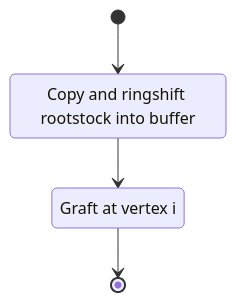
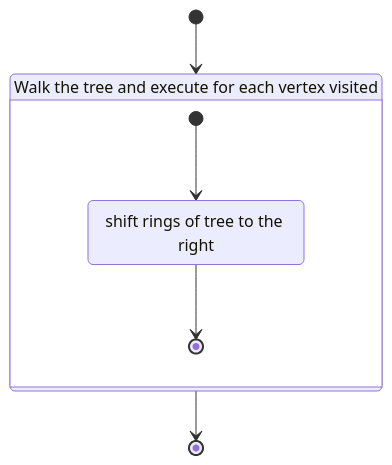
Before and after one commit to Uiowa-Applied-Topology/tanglenomicon_core_libraries: the third of 3 diagrams in source/mut-rlitt_ringshift/unit-description.md, drawn with Mermaid. The commit also changed other lines of this file and 21 other files, not shown here.

````diff
--- a/source/mut-rlitt_ringshift/unit-description.md
+++ b/source/mut-rlitt_ringshift/unit-description.md
@@ -98,9 +98,12 @@
 ```mermaid
 stateDiagram-v2
-    copy_ringshift_tree: Copy and ringshift rootstock into buffer
-    graft: Graft at vertex i
+    walk: Walk the tree and execute for each vertex visited
 
-    [*] --> copy_ringshift_tree
-    copy_ringshift_tree --> graft
-    graft --> [*]
+    state walk{
+        state "shift rings of tree to the right" as sr
+        [*]--> sr
+          sr  -->[*]
+    }
+    [*] --> walk
+    walk --> [*]
 ```
````
